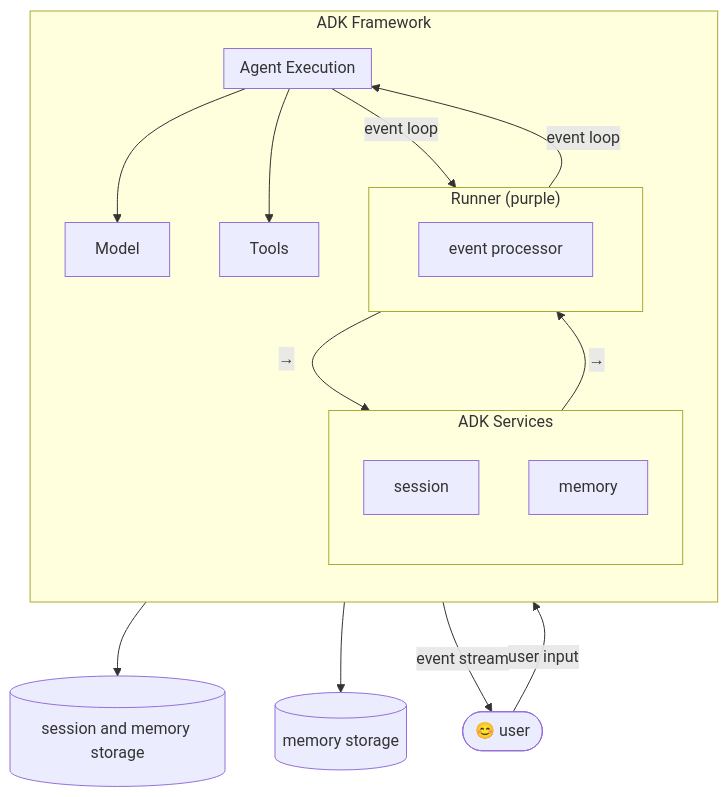
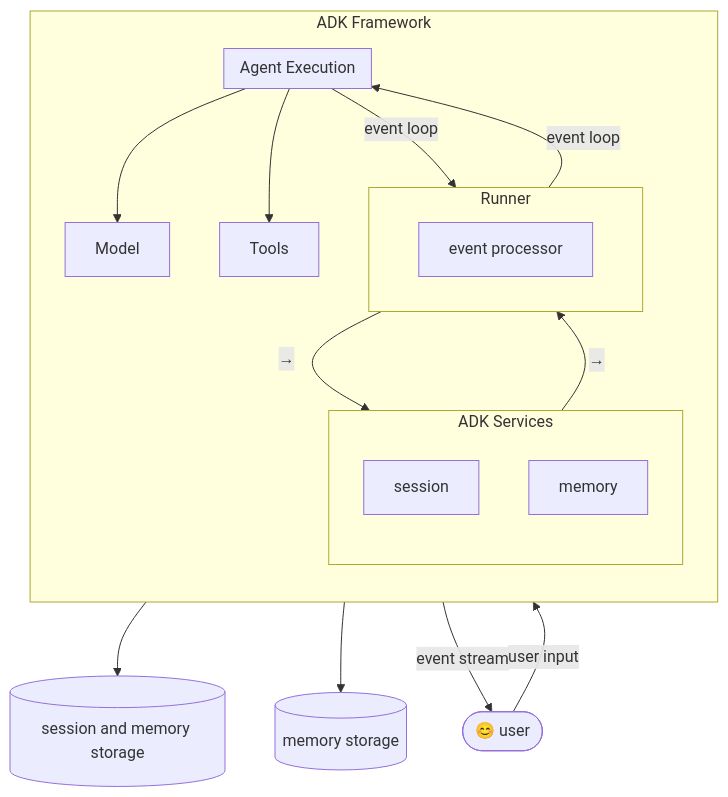
The first of 3 diagrams in README.md (YuriyYakovlev/ai-tinkerers-snowflake-agent), drawn with Mermaid before and after one commit. The commit also changed 12 other files, not shown here.

````diff
--- a/README.md
+++ b/README.md
@@ -62,39 +62,39 @@
 ```mermaid
 flowchart TB
     user(["😊 user"])
 
     user -->|user input| Runner
     Runner -->|event stream| user
 
     subgraph ADK ["ADK Framework"]
         direction TB
 
-        subgraph Runner ["Runner (purple)"]
+        subgraph Runner ["Runner"]
             EP["event processor"]
         end
 
         subgraph ADKS ["ADK Services"]
             direction TB
             session["session"]
             memory["memory"]
         end
 
         subgraph AE ["Agent Execution"]
         end
 
         Model["Model"]
         Tools["Tools"]
     end
 
     session --> sessionDB[("session and memory storage")]
     memory --> memDB[("memory storage")]
 
     Runner -->|→| ADKS
     ADKS -->|→| Runner
 
     Runner -->|event loop| AE
     AE -->|event loop| Runner
 
     AE --> Model
     AE --> Tools
 ```
````
